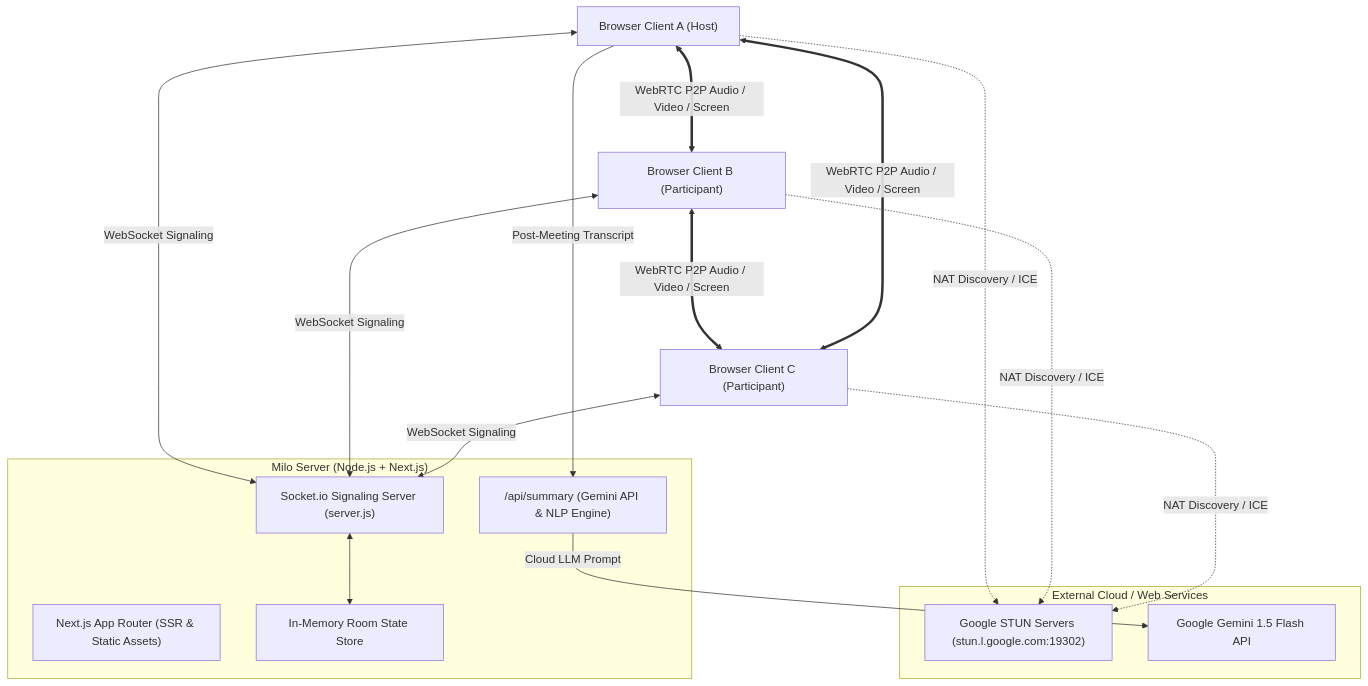
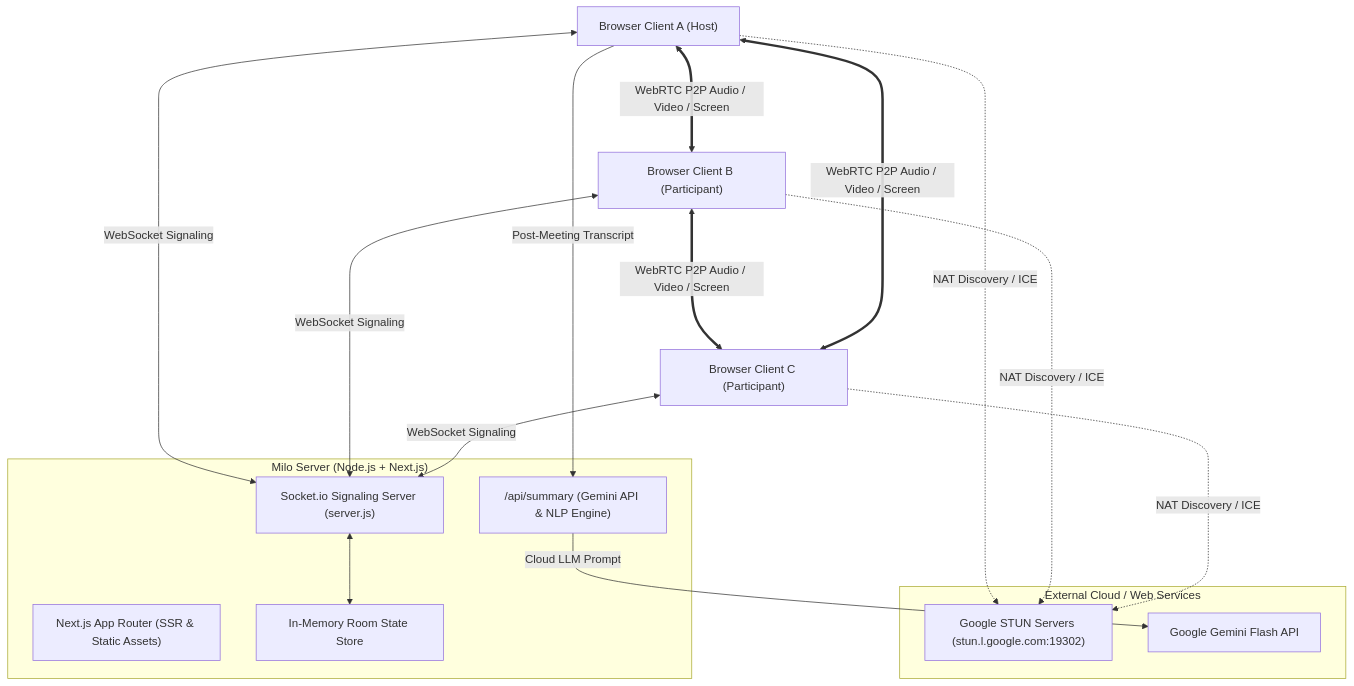
The first of 2 diagrams in ARCHITECTURE.md (Project-file2002/milo), drawn with Mermaid before and after one commit. The commit also changed other lines of this file and 72 other files, not shown here.

````diff
--- a/ARCHITECTURE.md
+++ b/ARCHITECTURE.md
@@ -9,35 +9,35 @@
 ```mermaid
 graph TD
     ClientA["Browser Client A (Host)"]
     ClientB["Browser Client B (Participant)"]
     ClientC["Browser Client C (Participant)"]
     
     subgraph "Milo Server (Node.js + Next.js)"
         HTTP["Next.js App Router (SSR & Static Assets)"]
         SocketServer["Socket.io Signaling Server (server.js)"]
         RoomState["In-Memory Room State Store"]
         SummaryAPI["/api/summary (Gemini API & NLP Engine)"]
     end
     
     subgraph "External Cloud / Web Services"
         STUN["Google STUN Servers (stun.l.google.com:19302)"]
-        GeminiCloud["Google Gemini 1.5 Flash API"]
+        GeminiCloud["Google Gemini Flash API"]
     end
 
     %% Signaling Connections
     ClientA <-->|WebSocket Signaling| SocketServer
     ClientB <-->|WebSocket Signaling| SocketServer
     ClientC <-->|WebSocket Signaling| SocketServer
     SocketServer <--> RoomState
     ClientA -->|Post-Meeting Transcript| SummaryAPI
     SummaryAPI -->|Cloud LLM Prompt| GeminiCloud
 
     %% Media Mesh Connections
     ClientA -.->|NAT Discovery / ICE| STUN
     ClientB -.->|NAT Discovery / ICE| STUN
     ClientC -.->|NAT Discovery / ICE| STUN
     
     ClientA <===>|WebRTC P2P Audio / Video / Screen| ClientB
     ClientB <===>|WebRTC P2P Audio / Video / Screen| ClientC
     ClientA <===>|WebRTC P2P Audio / Video / Screen| ClientC
 ```
````
